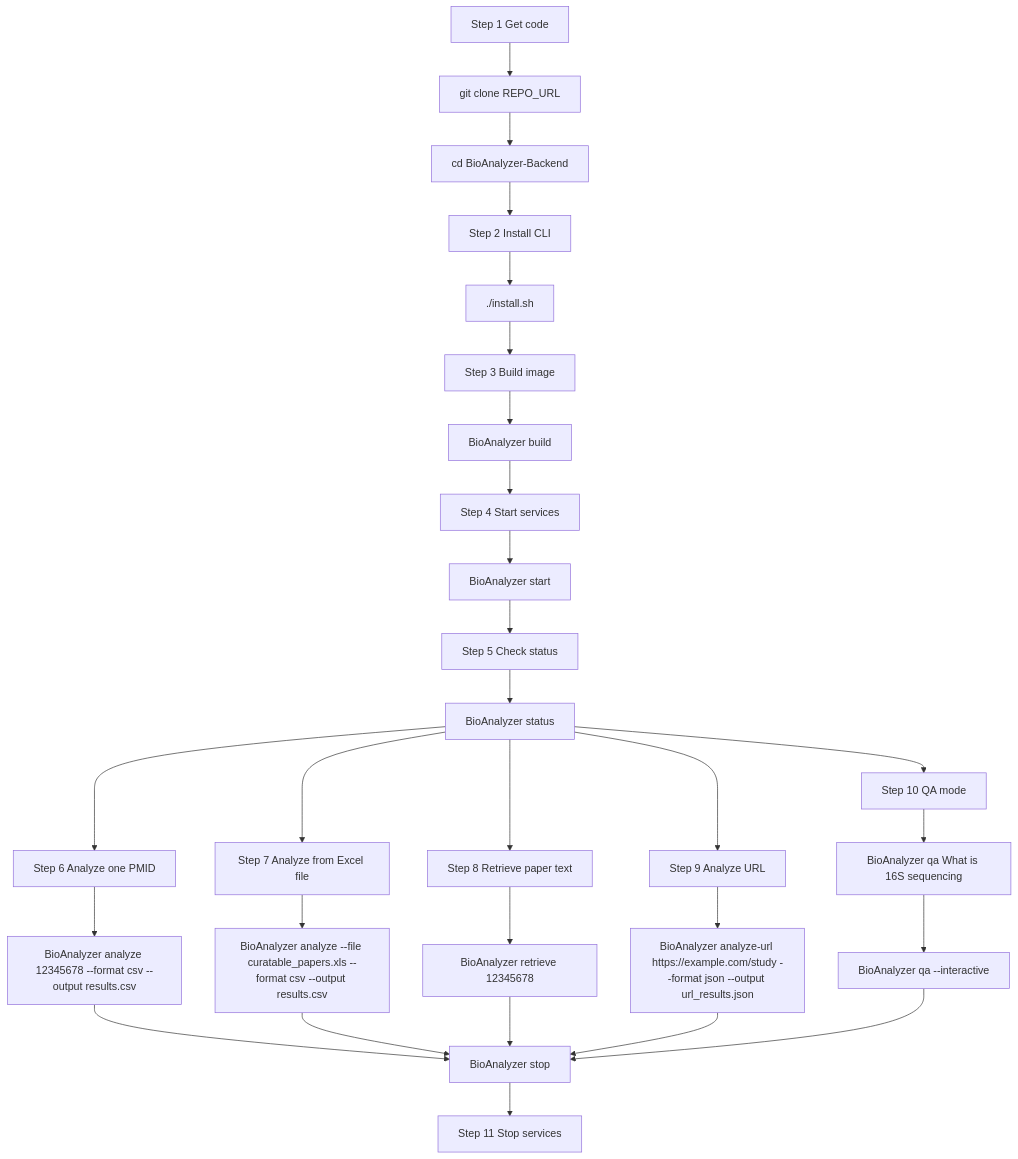
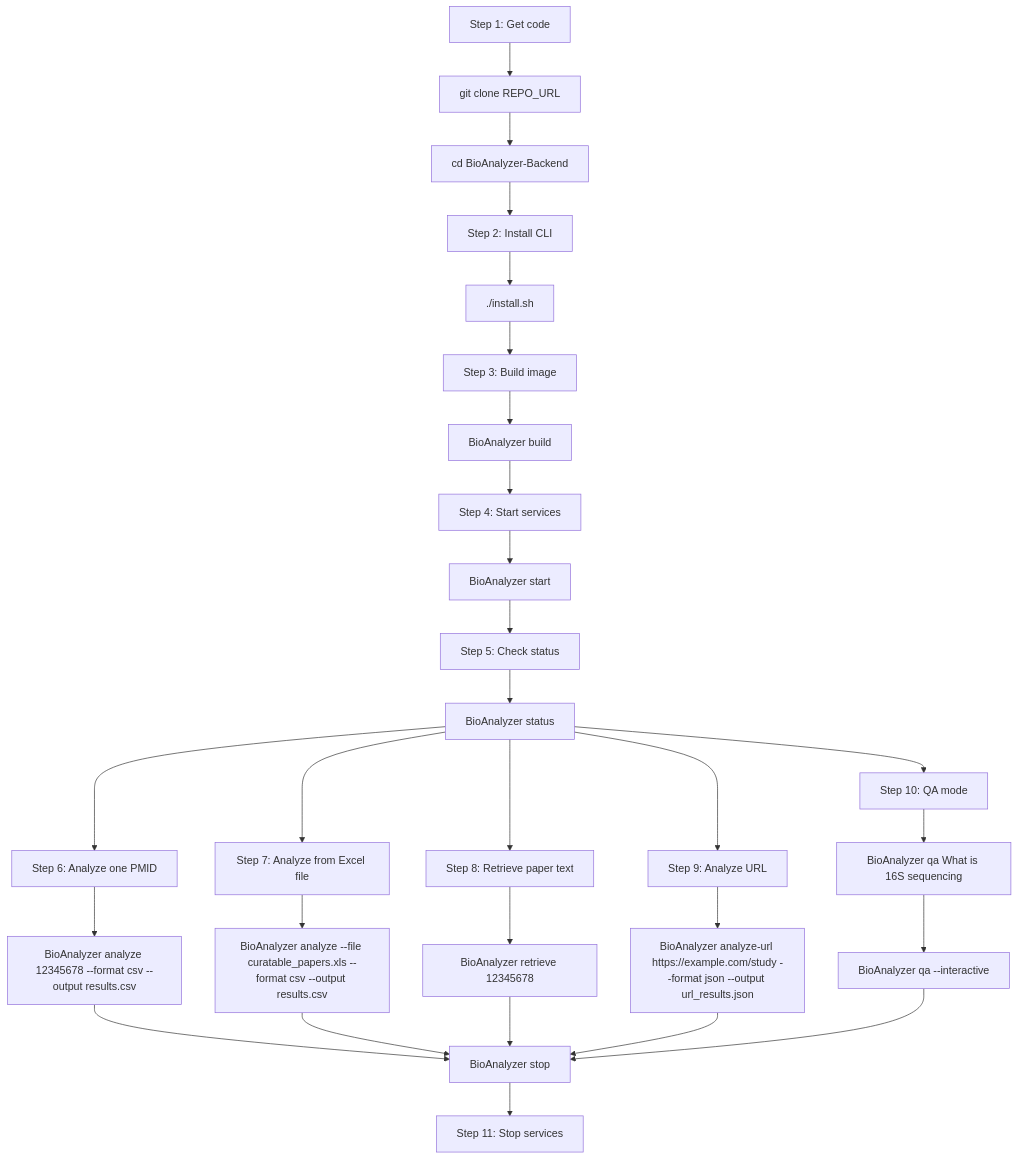
Before and after one commit to waldronlab/bioanalyzer-backend: the diagram in docs/usersteps.mmd, drawn with Mermaid.

```diff
--- a/docs/usersteps.mmd
+++ b/docs/usersteps.mmd
@@ -1,71 +1,63 @@
 flowchart TD
-    A[Step 1 Get code]
+    A[Step 1: Get code]
     A1["git clone REPO_URL"]
     A2["cd BioAnalyzer-Backend"]
 
-    B[Step 2 Install CLI]
+    B[Step 2: Install CLI]
     B1["./install.sh"]
 
-    C[Step 3 Build image]
+    C[Step 3: Build image]
     C1["BioAnalyzer build"]
 
-    D[Step 4 Start services]
+    D[Step 4: Start services]
     D1["BioAnalyzer start"]
 
-    E[Step 5 Check status]
+    E[Step 5: Check status]
     E1["BioAnalyzer status"]
 
-    F[Step 6 Analyze one PMID]
+    F[Step 6: Analyze one PMID]
     F1["BioAnalyzer analyze 12345678 --format csv --output results.csv"]
 
-    G[Step 7 Analyze from Excel file]
+    G[Step 7: Analyze from Excel file]
     G1["BioAnalyzer analyze --file curatable_papers.xls --format csv --output results.csv"]
 
-    H[Step 8 Retrieve paper text]
+    H[Step 8: Retrieve paper text]
     H1["BioAnalyzer retrieve 12345678"]
 
-    I[Step 9 Analyze URL]
+    I[Step 9: Analyze URL]
     I1["BioAnalyzer analyze-url https://example.com/study --format json --output url_results.json"]
 
-    J[Step 10 QA mode]
+    J[Step 10: QA mode]
     J1["BioAnalyzer qa What is 16S sequencing"]
     J2["BioAnalyzer qa --interactive"]
 
-    K[Step 11 Stop services]
+    K[Step 11: Stop services]
     K1["BioAnalyzer stop"]
 
-    %% Broken up connections for GitHub stability
     A --> A1
     A1 --> A2
     A2 --> B
     B --> B1
     B1 --> C
     C --> C1
     C1 --> D
     D --> D1
     D1 --> E
     E --> E1
-    
-    %% Branching from Step 5
     E1 --> F
     F --> F1
     F1 --> K1
-    
     E1 --> G
     G --> G1
     G1 --> K1
-    
     E1 --> H
     H --> H1
     H1 --> K1
-    
     E1 --> I
     I --> I1
     I1 --> K1
-    
     E1 --> J
     J --> J1
     J1 --> J2
     J2 --> K1
-    
     K1 --> K
```
